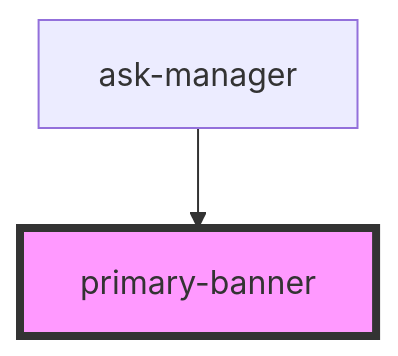
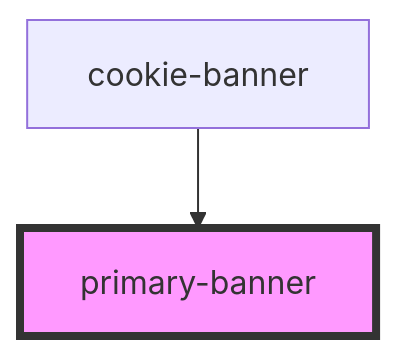
The diagram in docs/components/primary-banner/readme.md (arvidsandin/cookie-banner), drawn with Mermaid before and after one commit. The commit also changed other lines of this file and 20 other files, not shown here.

Commit message:
chore: rename project to cookie-banner

````diff
--- a/docs/components/primary-banner/readme.md
+++ b/docs/components/primary-banner/readme.md
@@ -23,5 +23,5 @@
 ```mermaid
 graph TD;
-  ask-manager --> primary-banner
+  cookie-banner --> primary-banner
   style primary-banner fill:#f9f,stroke:#333,stroke-width:4px
 ```
````
